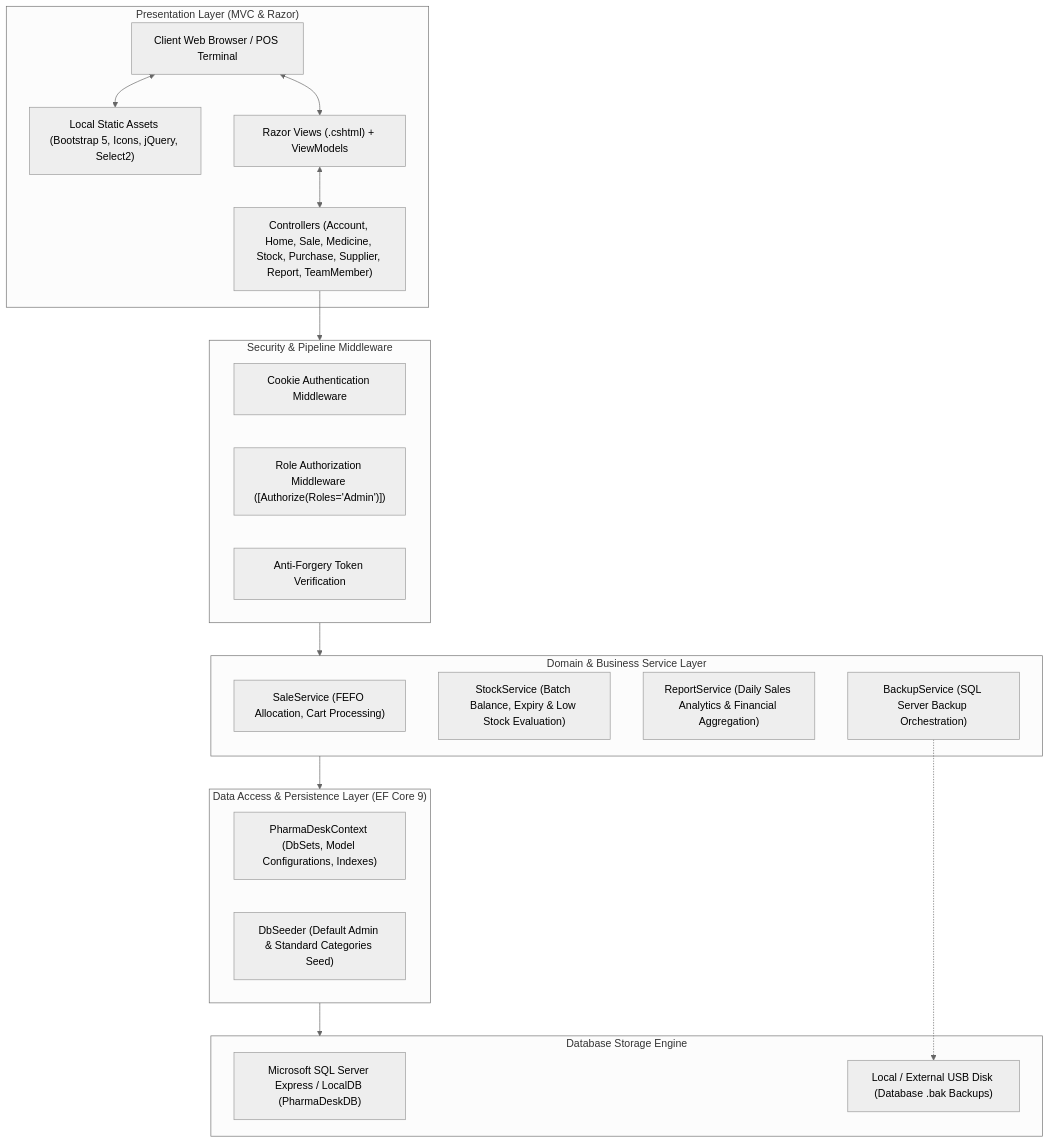
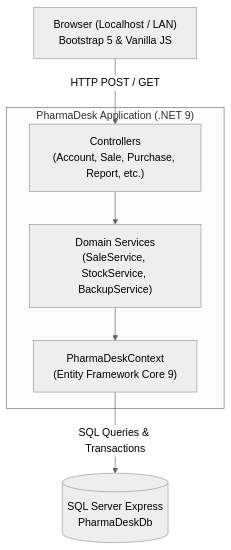
Before and after one commit to abdulrahmanhossam/PharmaDesk: the diagram in docs/03-architecture.md, drawn with Mermaid (neutral theme). The commit also changed other lines of this file and 22 other files, not shown here.

````diff
--- a/docs/03-architecture.md
+++ b/docs/03-architecture.md
@@ -15,41 +9,17 @@
 ```mermaid
 flowchart TD
-    subgraph PresentationLayer["Presentation Layer (MVC & Razor)"]
-        Browser[Client Web Browser / POS Terminal]
-        StaticAssets["Local Static Assets (Bootstrap 5, Icons, jQuery, Select2)"]
-        Views["Razor Views (.cshtml) + ViewModels"]
-        Controllers["Controllers (Account, Home, Sale, Medicine, Stock, Purchase, Supplier, Report, TeamMember)"]
+    Client["Browser (Localhost / LAN)\nBootstrap 5 & Vanilla JS"]
+    
+    subgraph AppServer ["PharmaDesk Application (.NET 9)"]
+        Controllers["Controllers\n(Account, Sale, Purchase, Report, etc.)"]
+        Services["Domain Services\n(SaleService, StockService, BackupService)"]
+        DbContext["PharmaDeskContext\n(Entity Framework Core 9)"]
     end
+    
+    Database[("SQL Server Express\nPharmaDeskDb")]
 
-    subgraph SecurityLayer["Security & Pipeline Middleware"]
-        AuthMiddleware["Cookie Authentication Middleware"]
-        AuthzMiddleware["Role Authorization Middleware ([Authorize(Roles='Admin')])"]
-        SecurityFilter["Anti-Forgery Token Verification"]
-    end
-
-    subgraph ServiceLayer["Domain & Business Service Layer"]
-        SaleService["SaleService (FEFO Allocation, Cart Processing)"]
-        StockService["StockService (Batch Balance, Expiry & Low Stock Evaluation)"]
-        ReportService["ReportService (Daily Sales Analytics & Financial Aggregation)"]
-        BackupService["BackupService (SQL Server Backup Orchestration)"]
-    end
-
-    subgraph DataAccessLayer["Data Access & Persistence Layer (EF Core 9)"]
-        DbContext["PharmaDeskContext (DbSets, Model Configurations, Indexes)"]
-        DbSeeder["DbSeeder (Default Admin & Standard Categories Seed)"]
-    end
-
-    subgraph StorageLayer["Database Storage Engine"]
-        SqlServer["Microsoft SQL Server Express / LocalDB (PharmaDeskDB)"]
-        BackupStorage["Local / External USB Disk (Database .bak Backups)"]
-    end
-
-    Browser <--> Views
-    Browser <--> StaticAssets
-    Views <--> Controllers
-    Controllers --> SecurityLayer
-    SecurityLayer --> ServiceLayer
-    ServiceLayer --> DataAccessLayer
-    DataAccessLayer --> StorageLayer
-    BackupService -.-> BackupStorage
+    Client -->|HTTP POST / GET| Controllers
+    Controllers --> Services
+    Services --> DbContext
+    DbContext -->|SQL Queries & Transactions| Database
 ```
````
